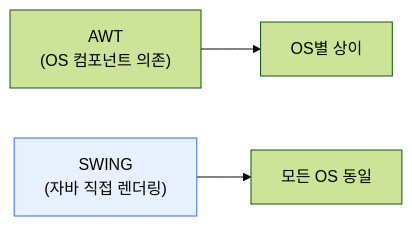
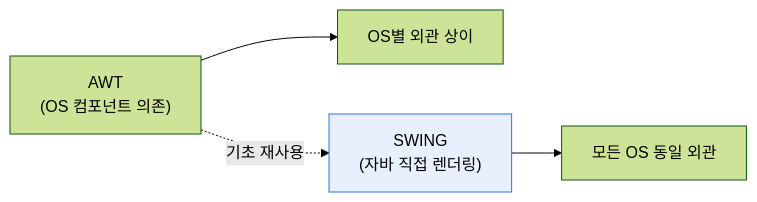
One commit to coninggu/wjdqhrhksflrltnftk changed the third of 3 diagrams in content/java-awt-swing.md. Above: the diagram before and after it, drawn with Mermaid (forest theme). The commit also changed other lines of this file and 3 other files, not shown here.

````diff
--- a/content/java-awt-swing.md
+++ b/content/java-awt-swing.md
@@ -18,6 +80,7 @@
 ```mermaid
 flowchart LR
-  AWT["AWT<br/>(OS 컴포넌트 의존)"] --> OS["OS별 상이"]
-  SWING["SWING<br/>(자바 직접 렌더링)"] --> UNI["모든 OS 동일"]
+  AWT["AWT<br/>(OS 컴포넌트 의존)"] --> OS["OS별 외관 상이"]
+  SWING["SWING<br/>(자바 직접 렌더링)"] --> UNI["모든 OS 동일 외관"]
+  AWT -.기초 재사용.-> SWING
   style SWING fill:#e8f0fe,stroke:#2f6fed
 ```
````
